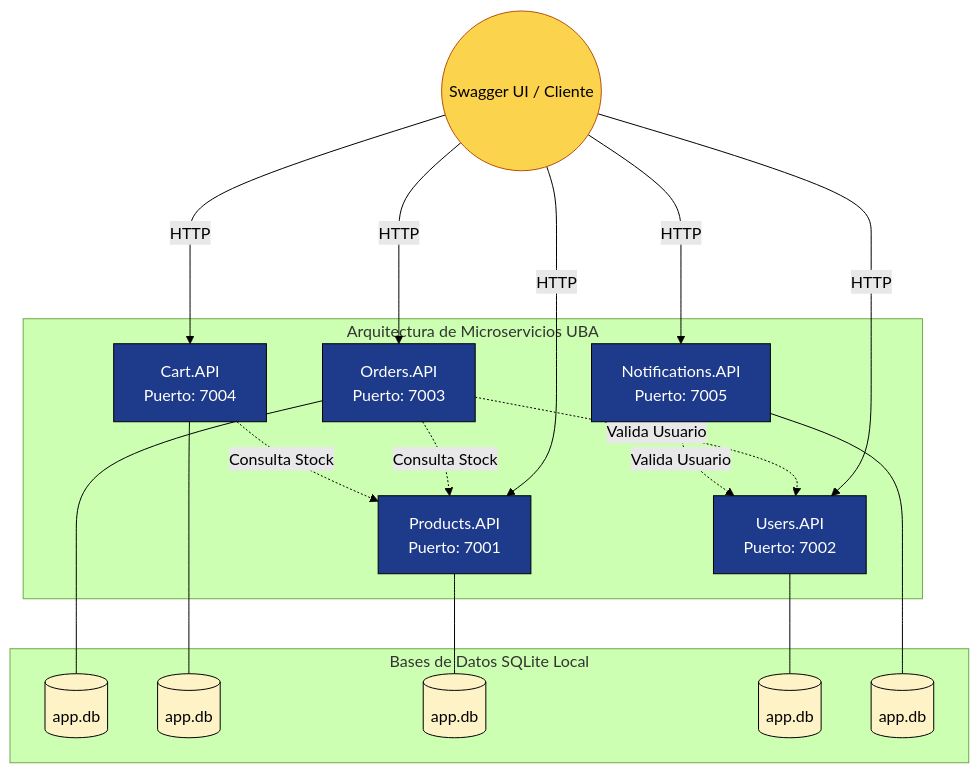
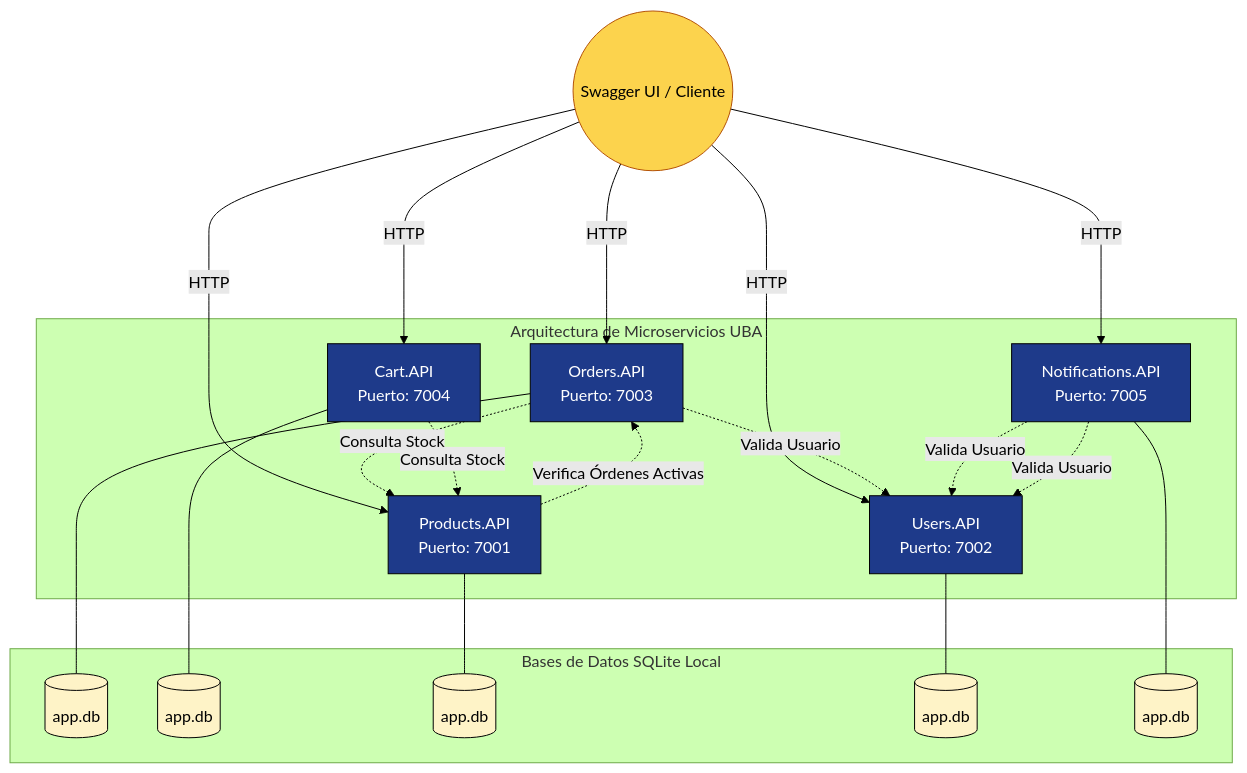
One commit to flandria123/TPGrupo2 changed the diagram in README.md. Above: the diagram before and after it, drawn with Mermaid (forest theme).

````diff
--- a/README.md
+++ b/README.md
@@ -73,64 +73,70 @@
 ```mermaid
 graph TD
     %% Definición del Cliente
     Client(("Swagger UI / Cliente"))
 
     %% Definición de los Microservicios
     subgraph Arquitectura de Microservicios UBA
         %% Fila Superior
         OrdersAPI["Orders.API\nPuerto: 7003"]
         CartAPI["Cart.API\nPuerto: 7004"]
         
         %% Fila Inferior
         ProductsAPI["Products.API\nPuerto: 7001"]
         UsersAPI["Users.API\nPuerto: 7002"]
         NotificationsAPI["Notifications.API\nPuerto: 7005"]
     end
 
     %% Peticiones HTTP del Cliente a los Microservicios
     %% Flechas cortas para la primera fila
     Client -->|HTTP| OrdersAPI
     Client -->|HTTP| CartAPI
     
     %% Flechas largas para forzar que bajen a la segunda fila
     Client --->|HTTP| ProductsAPI
     Client --->|HTTP| UsersAPI
     Client --->|HTTP| NotificationsAPI
 
     %% Comunicación interna entre Microservicios (Validaciones cruzadas)
     OrdersAPI -.->|Consulta Stock| ProductsAPI
     OrdersAPI -.->|Valida Usuario| UsersAPI
     CartAPI -.->|Consulta Stock| ProductsAPI
     
     %% NUEVA FLECHA HORIZONTAL: Notificaciones validando al usuario
     NotificationsAPI -.->|Valida Usuario| UsersAPI
+
+    %% NUEVA FLECHA HORIZONTAL: Notificaciones validando al usuario
+    NotificationsAPI -.->|Valida Usuario| UsersAPI
+    
+    %% VALIDACIÓN DE ELIMINACIÓN DE PRODUCTO (PRD-004)
+    ProductsAPI -.->|Verifica Órdenes Activas| OrdersAPI
     
     %% Bases de Datos
     subgraph Bases de Datos SQLite Local
         DB_O[("app.db")]
         DB_C[("app.db")]
         DB_P[("app.db")]
         DB_U[("app.db")]
         DB_N[("app.db")]
     end
 
     %% Conexión a DBs
     OrdersAPI --- DB_O
     CartAPI --- DB_C
     ProductsAPI --- DB_P
     UsersAPI --- DB_U
     NotificationsAPI --- DB_N
 
     %% Estilos (Basado en la foto original de la cátedra)
     style ProductsAPI fill:#1e3a8a,stroke:#000,color:#fff
     style UsersAPI fill:#1e3a8a,stroke:#000,color:#fff
     style OrdersAPI fill:#1e3a8a,stroke:#000,color:#fff
     style CartAPI fill:#1e3a8a,stroke:#000,color:#fff
     style NotificationsAPI fill:#1e3a8a,stroke:#000,color:#fff
     style Client fill:#fcd34d,stroke:#b45309,color:#000
     style DB_O fill:#fef3c7,stroke:#000
     style DB_C fill:#fef3c7,stroke:#000
     style DB_P fill:#fef3c7,stroke:#000
     style DB_U fill:#fef3c7,stroke:#000
     style DB_N fill:#fef3c7,stroke:#000
 ```
````
